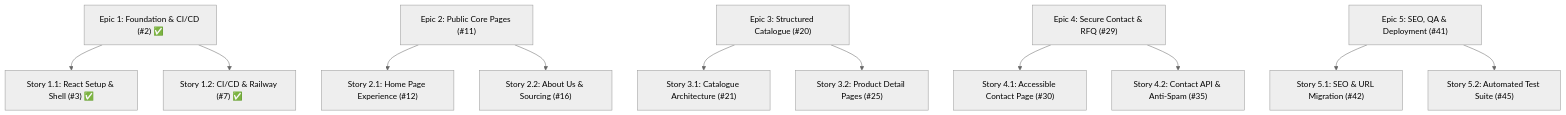
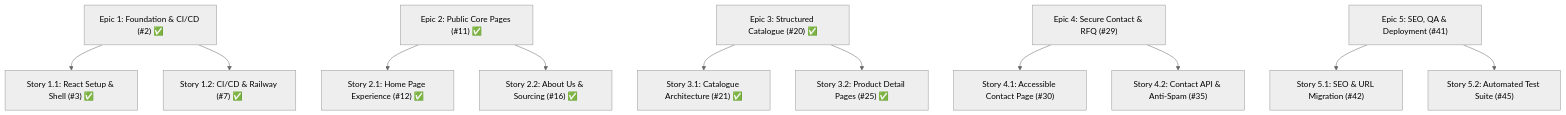
Before and after one commit to sirajpasha/Jayimpex: the diagram in docs/BACKLOG.md, drawn with Mermaid (neutral theme). The commit also changed other lines of this file and 5 other files, not shown here.

First line of the commit message:
feat(phase-2): build public core pages, commodity catalogue and product detail architecture

````diff
--- a/docs/BACKLOG.md
+++ b/docs/BACKLOG.md
@@ -29,17 +29,17 @@
 ```mermaid
 graph TD
     E1["Epic 1: Foundation & CI/CD (#2) ✅"] --> S11["Story 1.1: React Setup & Shell (#3) ✅"]
     E1 --> S12["Story 1.2: CI/CD & Railway (#7) ✅"]
     
-    E2["Epic 2: Public Core Pages (#11)"] --> S21["Story 2.1: Home Page Experience (#12)"]
-    E2 --> S22["Story 2.2: About Us & Sourcing (#16)"]
+    E2["Epic 2: Public Core Pages (#11) ✅"] --> S21["Story 2.1: Home Page Experience (#12) ✅"]
+    E2 --> S22["Story 2.2: About Us & Sourcing (#16) ✅"]
     
-    E3["Epic 3: Structured Catalogue (#20)"] --> S31["Story 3.1: Catalogue Architecture (#21)"]
-    E3 --> S32["Story 3.2: Product Detail Pages (#25)"]
+    E3["Epic 3: Structured Catalogue (#20) ✅"] --> S31["Story 3.1: Catalogue Architecture (#21) ✅"]
+    E3 --> S32["Story 3.2: Product Detail Pages (#25) ✅"]
     
     E4["Epic 4: Secure Contact & RFQ (#29)"] --> S41["Story 4.1: Accessible Contact Page (#30)"]
     E4 --> S42["Story 4.2: Contact API & Anti-Spam (#35)"]
     
     E5["Epic 5: SEO, QA & Deployment (#41)"] --> S51["Story 5.1: SEO & URL Migration (#42)"]
     E5 --> S52["Story 5.2: Automated Test Suite (#45)"]
 ```
````
